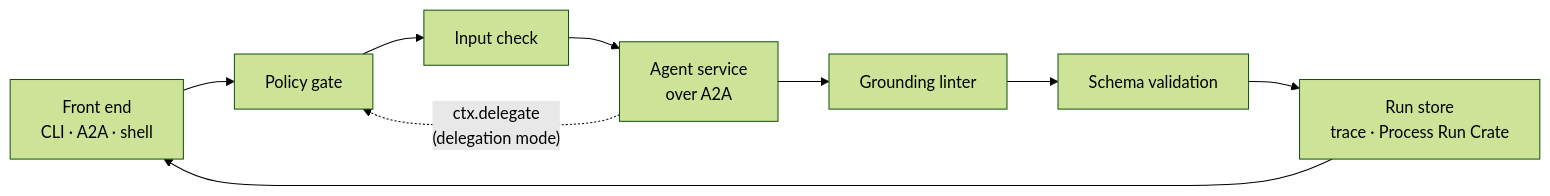
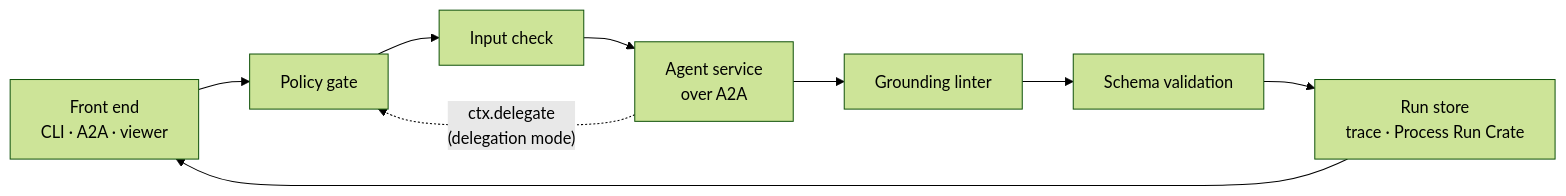
Before and after one commit to data-director-agent/data-director: the diagram in workbench/docs/architecture.md, drawn with Mermaid (forest theme). The commit also changed other lines of this file and 42 other files, not shown here.

First line of the commit message:
refactor(viewer): rename the browser shell to the viewer

````diff
--- a/workbench/docs/architecture.md
+++ b/workbench/docs/architecture.md
@@ -17,11 +17,11 @@
 ```mermaid
 flowchart LR
-    T["Front end<br/>CLI · A2A · shell"] --> P[Policy gate]
+    T["Front end<br/>CLI · A2A · viewer"] --> P[Policy gate]
     P --> I[Input check]
     I --> A["Agent service<br/>over A2A"]
     A -. "ctx.delegate<br/>(delegation mode)" .-> P
     A --> G[Grounding linter]
     G --> V[Schema validation]
     V --> S["Run store<br/>trace · Process Run Crate"]
     S --> T
 ```
````
